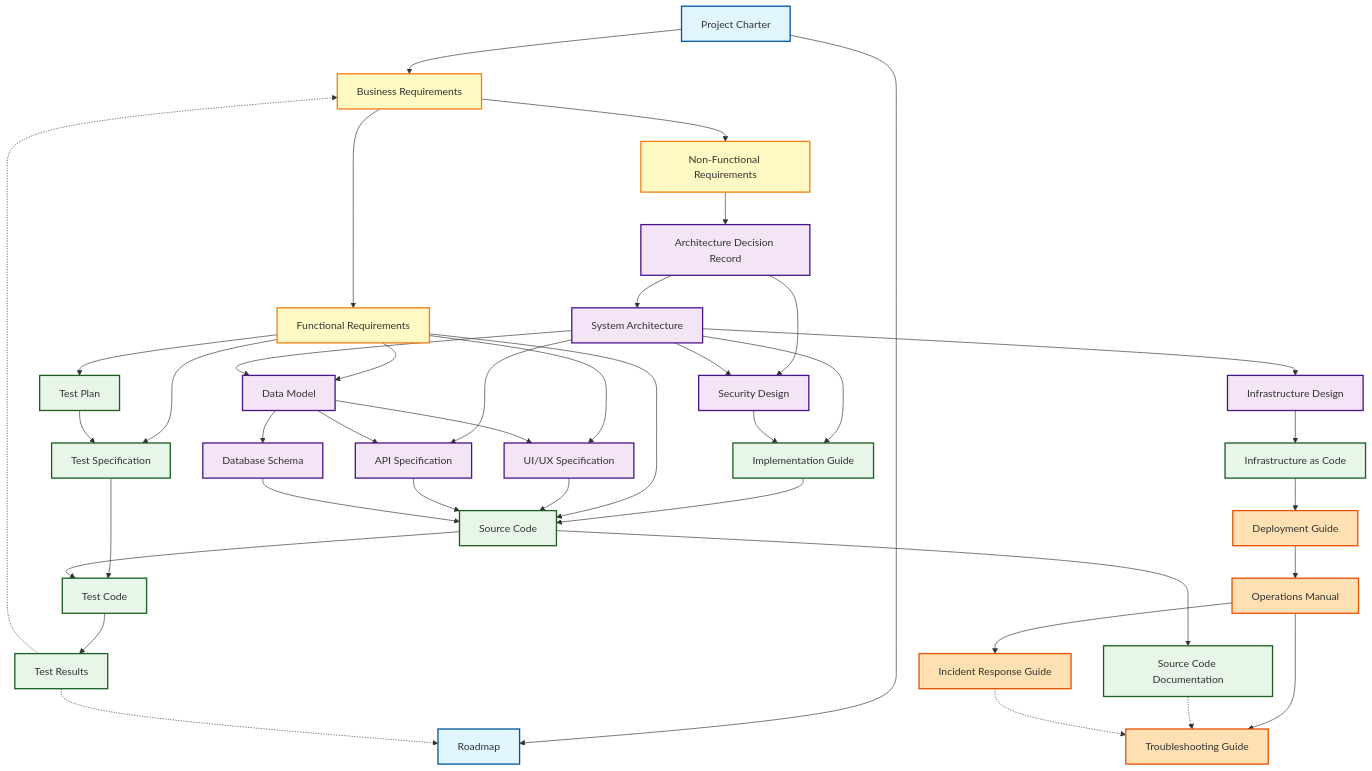
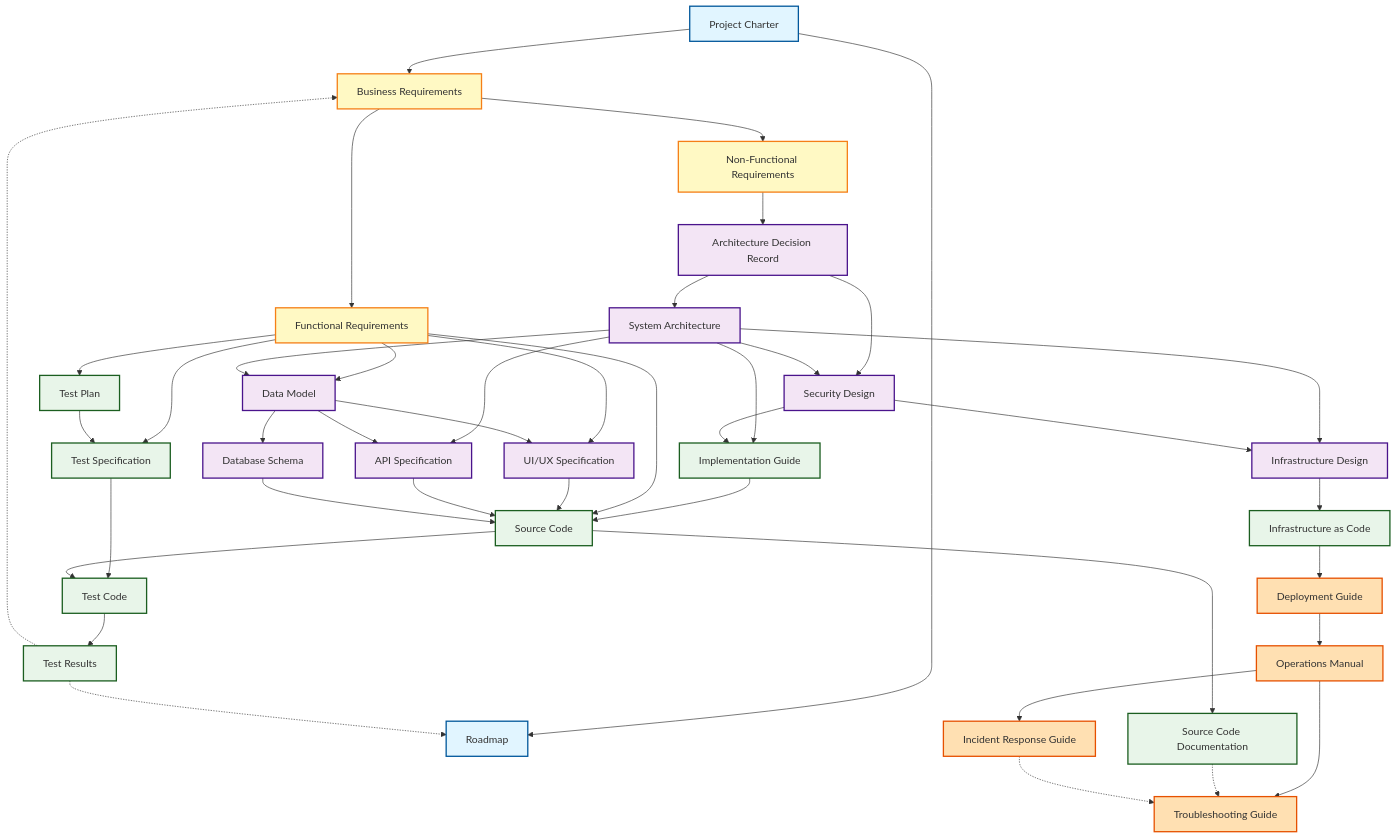
One commit to mahitotsu/ukiyoue changed the diagram in specs/document-taxonomy.md. Above: the diagram before and after it, drawn with Mermaid. The commit also changed other lines of this file, not shown here.

First line of the commit message:
refactor(specs): Simplify Security Design to Infrastructure flow

```diff
--- a/specs/document-taxonomy.md
+++ b/specs/document-taxonomy.md
@@ -322,6 +322,7 @@
     DataModel --> UIUX
 
     %% Infrastructure Flow
+    SecDesign --> InfraDesign
     InfraDesign --> IaC
     IaC --> DeployGuide
 
```
